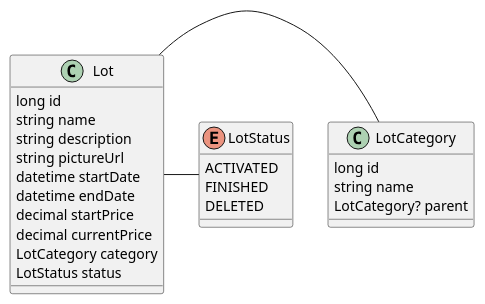
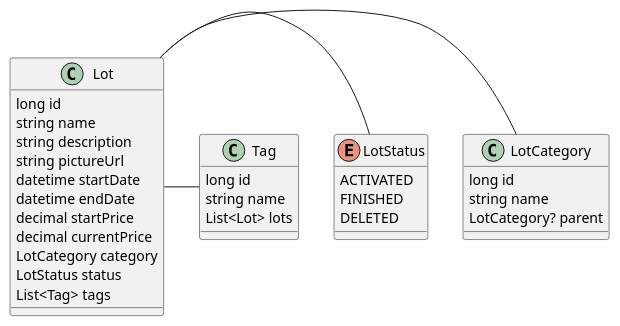
Before and after one commit to ETML-ES-LABEFE-SEB-SEB/Backend: the diagram in docs/class_diagram.puml, drawn with PlantUML. The commit also changed 1 other file, not shown here.

Commit message:
docs: Update class diagram with new Tag entity

```diff
--- a/docs/class_diagram.puml
+++ b/docs/class_diagram.puml
@@ -1,31 +1,39 @@
 @startuml
 
 class Lot {
     long id
     string name
     string description
     string pictureUrl
     datetime startDate
     datetime endDate
     decimal startPrice
     decimal currentPrice
     LotCategory category
     LotStatus status
+    List<Tag> tags
+}
+
+class Tag {
+    long id
+    string name
+    List<Lot> lots
 }
 
 class LotCategory {
     long id
     string name
     LotCategory? parent
 }
 
 enum LotStatus {
     ACTIVATED
     FINISHED
     DELETED
 }
 
 Lot - LotCategory
 Lot - LotStatus
+Lot - Tag
 
 @enduml
```
